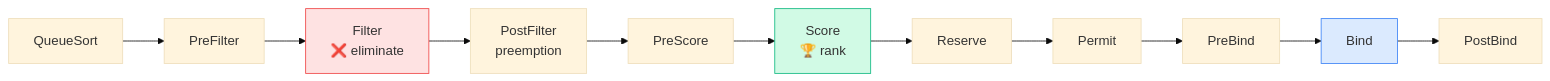
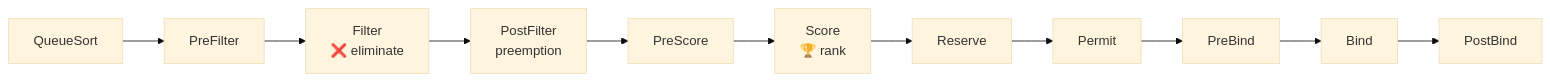
One commit to Gautam4424/k8slearn-content changed the second of 3 diagrams in content/cka/02-kubernetes-architecture-complete-reference/23-kube-scheduler-controller-manager/23-kube-scheduler-controller-manager.md. Above: the diagram before and after it, drawn with Mermaid (base theme). The commit also changed other lines of this file and 40 other files, not shown here.

Commit message:
chore: fix mermaid style regex

````diff
--- a/content/cka/02-kubernetes-architecture-complete-reference/23-kube-scheduler-controller-manager/23-kube-scheduler-controller-manager.md
+++ b/content/cka/02-kubernetes-architecture-complete-reference/23-kube-scheduler-controller-manager/23-kube-scheduler-controller-manager.md
@@ -40,9 +37,6 @@
 ```mermaid
 flowchart LR
     QS["QueueSort"] --> PF["PreFilter"] --> F["Filter\n❌ eliminate"]
     F --> POF["PostFilter\npreemption"] --> PS["PreScore"] --> SC["Score\n🏆 rank"]
     SC --> RES["Reserve"] --> PER["Permit"] --> PB["PreBind"] --> B["Bind"] --> POB["PostBind"]
-    style F fill:#fee2e2,stroke:#ef4444
-    style SC fill:#d1fae5,stroke:#10b981
-    style B fill:#dbeafe,stroke:#3b82f6
 ```
````
